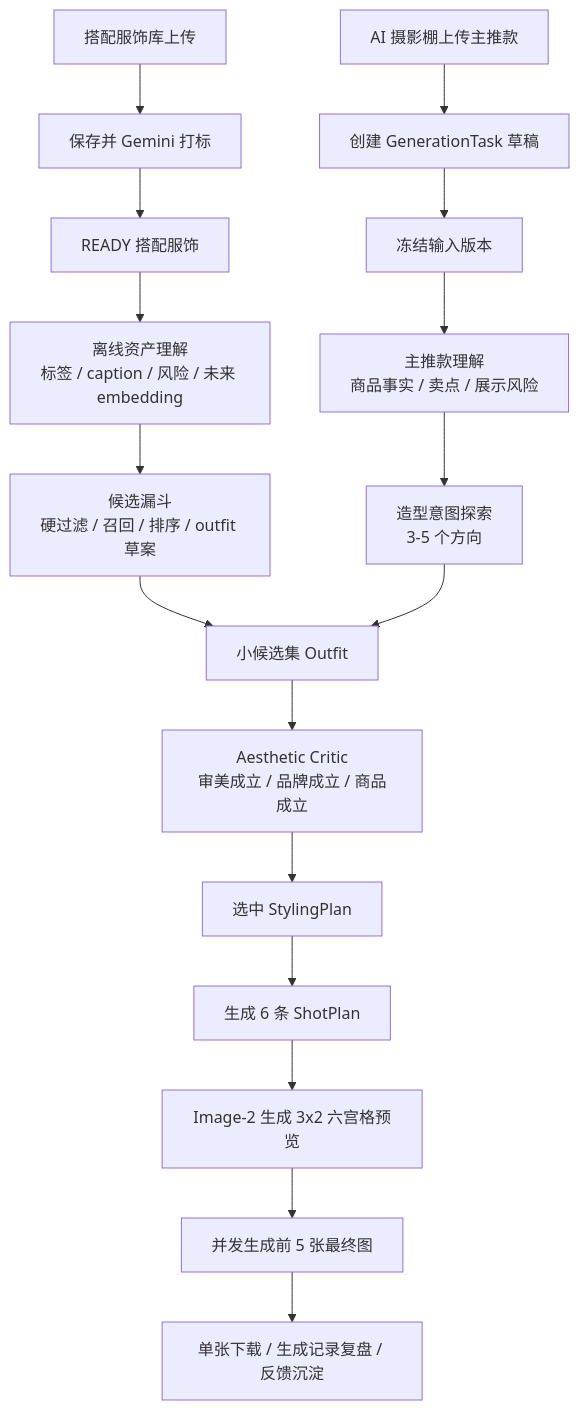
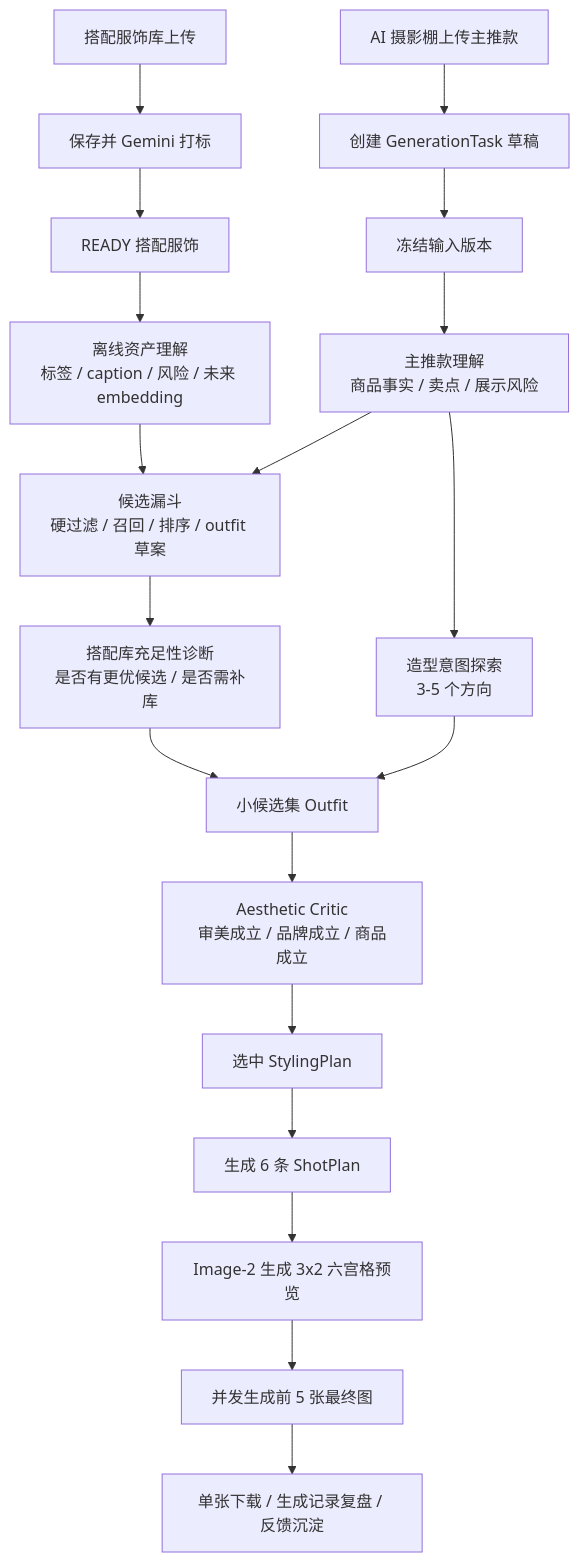
Before and after one commit to happyvchen/ruyi-dream: the diagram in design/01_generation_flow/generation_flow.md, drawn with Mermaid. The commit also changed other lines of this file and 13 other files, not shown here.

````diff
--- a/design/01_generation_flow/generation_flow.md
+++ b/design/01_generation_flow/generation_flow.md
@@ -7,19 +7,21 @@
 ```mermaid
 flowchart TD
   A["搭配服饰库上传"] --> B["保存并 Gemini 打标"]
   B --> C["READY 搭配服饰"]
   D["AI 摄影棚上传主推款"] --> E["创建 GenerationTask 草稿"]
   E --> F["冻结输入版本"]
   C --> Q["离线资产理解<br/>标签 / caption / 风险 / 未来 embedding"]
+  F --> H["主推款理解<br/>商品事实 / 卖点 / 展示风险"]
   Q --> G["候选漏斗<br/>硬过滤 / 召回 / 排序 / outfit 草案"]
-  F --> H["主推款理解<br/>商品事实 / 卖点 / 展示风险"]
+  H --> G
   H --> I["造型意图探索<br/>3-5 个方向"]
-  G --> J["小候选集 Outfit"]
+  G --> R["搭配库充足性诊断<br/>是否有更优候选 / 是否需补库"]
+  R --> J["小候选集 Outfit"]
   I --> J
   J --> K["Aesthetic Critic<br/>审美成立 / 品牌成立 / 商品成立"]
   K --> L["选中 StylingPlan"]
   L --> M["生成 6 条 ShotPlan"]
   M --> N["Image-2 生成 3x2 六宫格预览"]
   N --> O["并发生成前 5 张最终图"]
   O --> P["单张下载 / 生成记录复盘 / 反馈沉淀"]
 ```
````
